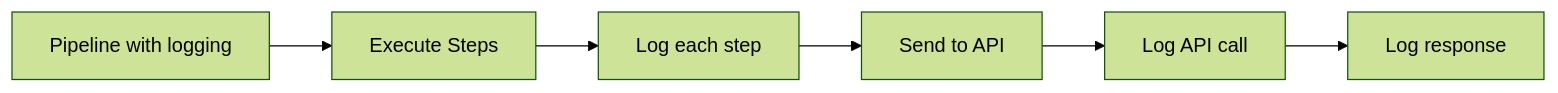
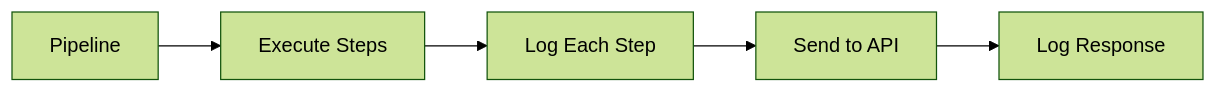
The first of 5 diagrams in examples/api_pipeline/09_api_logging/README.md (wisrovi/wpipe), drawn with Mermaid (forest theme) before and after one commit. The commit also changed other lines of this file and 20 other files, not shown here.

First line of the commit message:
Simplify Mermaid diagrams for better rendering

````diff
--- a/examples/api_pipeline/09_api_logging/README.md
+++ b/examples/api_pipeline/09_api_logging/README.md
@@ -15,8 +15,7 @@
 ```mermaid
 graph LR
-    A[Pipeline with logging] --> B[Execute Steps]
-    B --> C[Log each step]
+    A[Pipeline] --> B[Execute Steps]
+    B --> C[Log Each Step]
     C --> D[Send to API]
-    D --> E[Log API call]
-    E --> F[Log response]
+    D --> E[Log Response]
 ```
````
